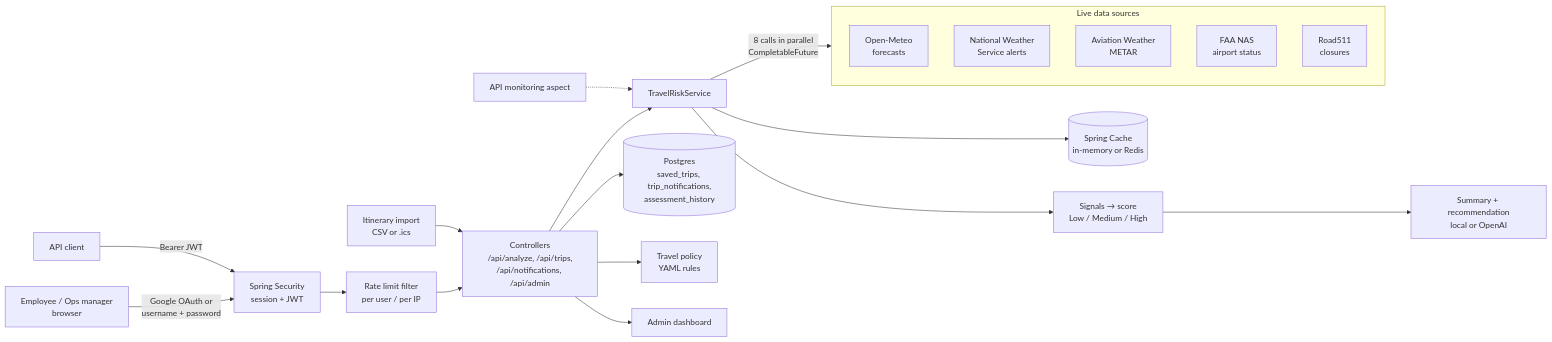
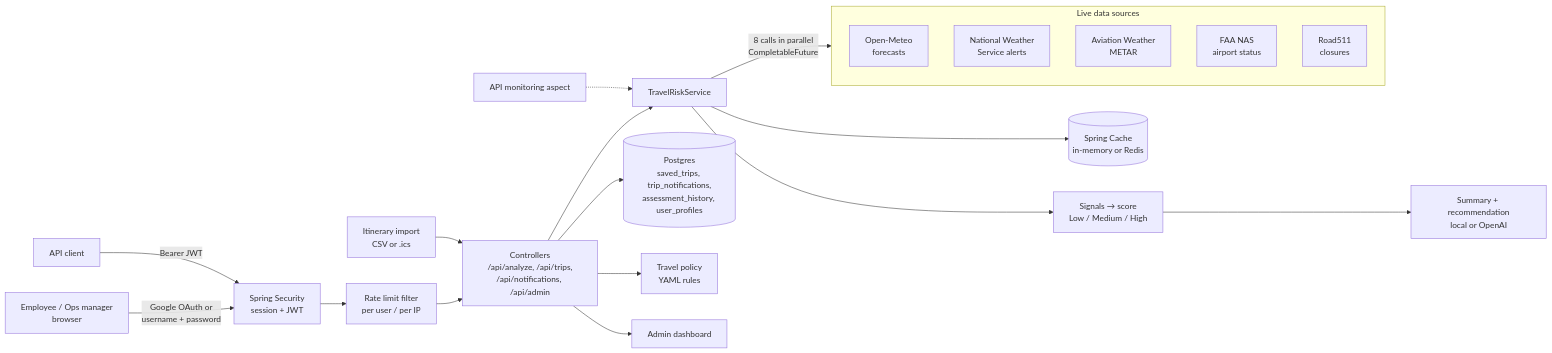
Before and after one commit to jordanamao/travel-risk-platform: the diagram in README.md, drawn with Mermaid. The commit also changed other lines of this file and 28 other files, not shown here.

````diff
--- a/README.md
+++ b/README.md
@@ -51,24 +52,24 @@
 ```mermaid
 flowchart LR
     U[Employee / Ops manager<br/>browser] -->|Google OAuth or<br/>username + password| SEC[Spring Security<br/>session + JWT]
     API[API client] -->|Bearer JWT| SEC
     SEC --> RL[Rate limit filter<br/>per user / per IP]
     RL --> C[Controllers<br/>/api/analyze, /api/trips,<br/>/api/notifications, /api/admin]
     C --> TRS[TravelRiskService]
     TRS --> CACHE[(Spring Cache<br/>in-memory or Redis)]
     TRS -->|8 calls in parallel<br/>CompletableFuture| EXT
     subgraph EXT[Live data sources]
         OM[Open-Meteo<br/>forecasts]
         NWS[National Weather<br/>Service alerts]
         AWC[Aviation Weather<br/>METAR]
         FAA[FAA NAS<br/>airport status]
         R511[Road511<br/>closures]
     end
     TRS --> SCORE[Signals → score<br/>Low / Medium / High]
     SCORE --> SUM[Summary + recommendation<br/>local or OpenAI]
-    C --> DB[(Postgres<br/>saved_trips, trip_notifications,<br/>assessment_history)]
+    C --> DB[(Postgres<br/>saved_trips, trip_notifications,<br/>assessment_history, user_profiles)]
     MON[API monitoring aspect] -.-> TRS
     IMP[Itinerary import<br/>CSV or .ics] --> C
     C --> POL[Travel policy<br/>YAML rules]
     C --> ADMIN[Admin dashboard]
 ```
````
